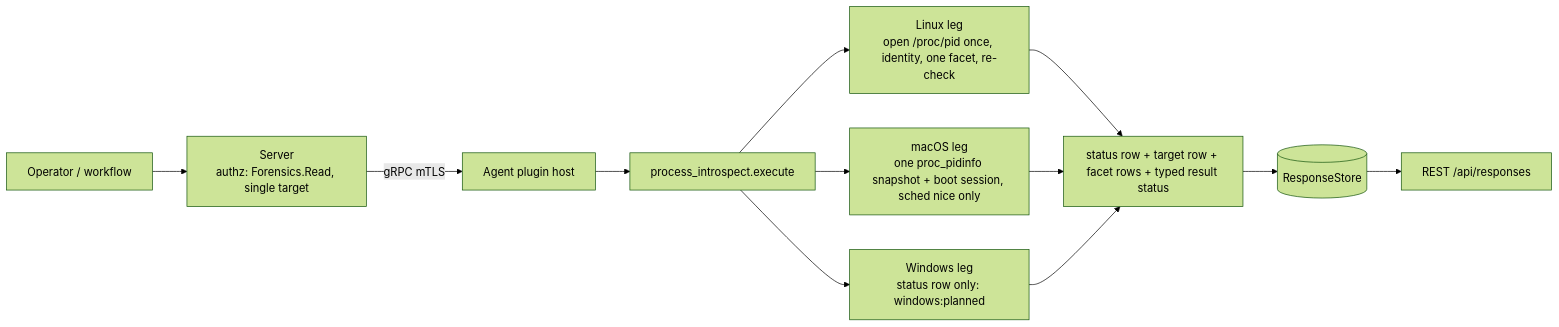
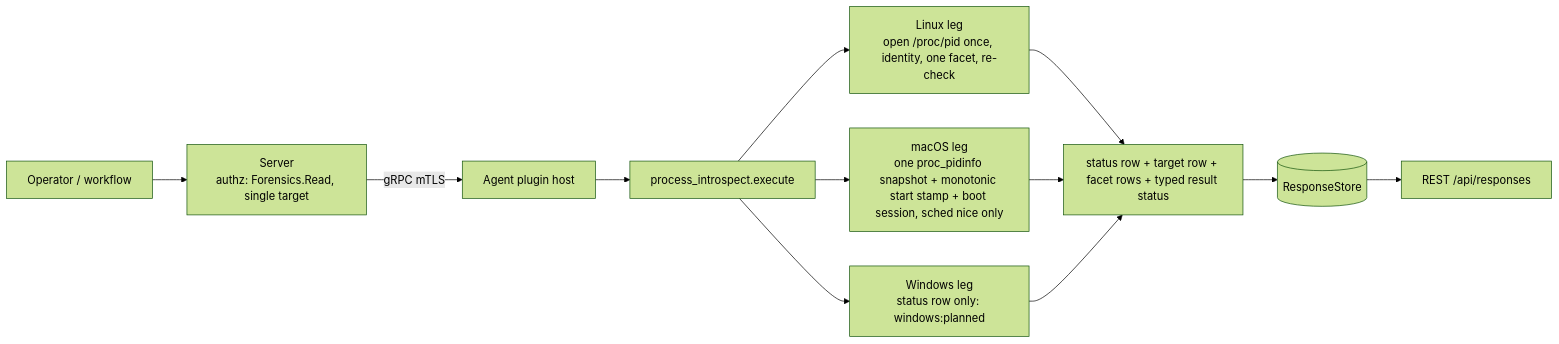
The diagram in agents/plugins/process_introspect/README.md (DevNullLtd/Yuzu), drawn with Mermaid (forest theme) before and after one commit. The commit also changed other lines of this file and 17 other files, not shown here.

First line of the commit message:
fix(process_introspect): fold the monotonic start stamp into the macOS identity token

````diff
--- a/agents/plugins/process_introspect/README.md
+++ b/agents/plugins/process_introspect/README.md
@@ -38,9 +38,9 @@
 ```mermaid
 flowchart LR
   OP[Operator / workflow] --> SRV[Server<br/>authz: Forensics.Read, single target]
   SRV -- gRPC mTLS --> HOST[Agent plugin host] --> EX[process_introspect.execute]
   EX --> LIN[Linux leg<br/>open /proc/pid once, identity, one facet, re-check]
-  EX --> MAC[macOS leg<br/>one proc_pidinfo snapshot + boot session, sched nice only]
+  EX --> MAC[macOS leg<br/>one proc_pidinfo snapshot + monotonic start stamp + boot session, sched nice only]
   EX --> WIN[Windows leg<br/>status row only: windows:planned]
   LIN & MAC & WIN --> ROWS[status row + target row + facet rows + typed result status] --> RS[(ResponseStore)] --> API[REST /api/responses]
 ```
````
